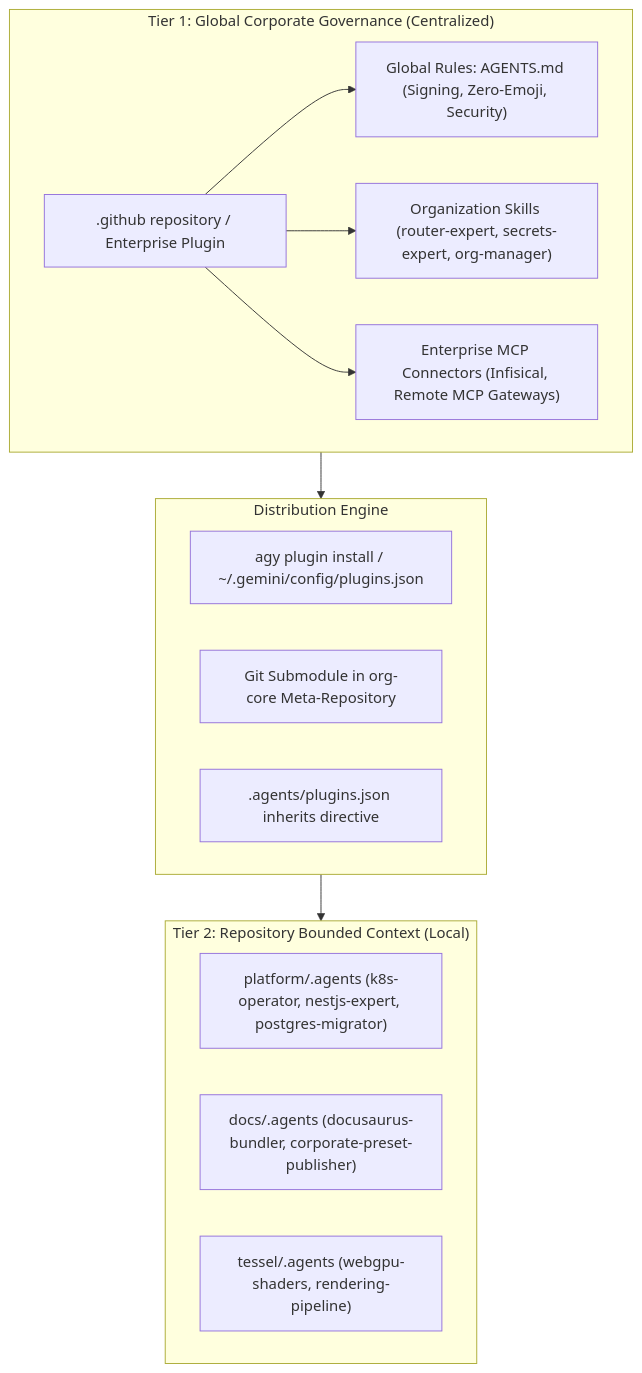
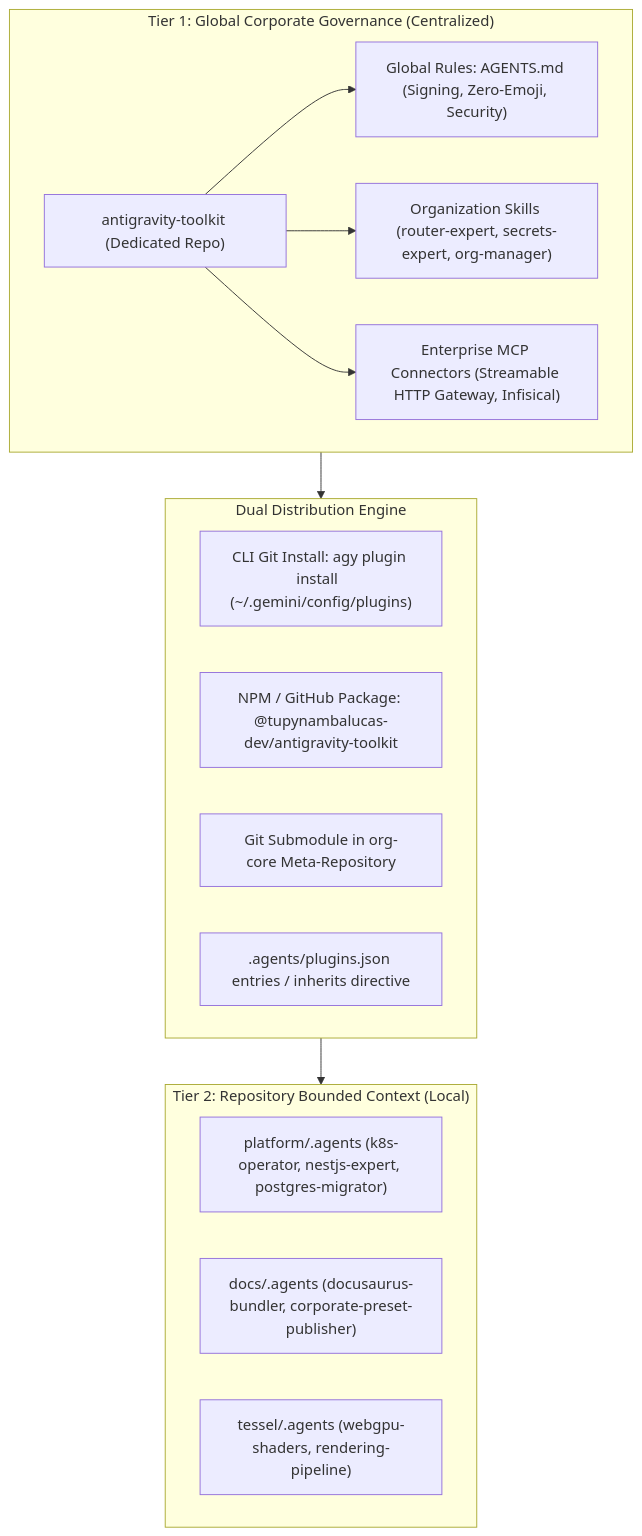
Before and after one commit to tupynambalucas-dev/.github: the first of 4 diagrams in .agents/plans/enterprise-agent-plugins-and-governance.md, drawn with Mermaid. The commit also changed other lines of this file, not shown here.

Commit message:
docs(plans): update enterprise plugin plan with dedicated repo and github packages strategy

````diff
--- a/.agents/plans/enterprise-agent-plugins-and-governance.md
+++ b/.agents/plans/enterprise-agent-plugins-and-governance.md
@@ -73,23 +71,24 @@
 ```mermaid
 flowchart TD
     subgraph Tier1["Tier 1: Global Corporate Governance (Centralized)"]
-        A[".github repository / Enterprise Plugin"] --> B["Global Rules: AGENTS.md (Signing, Zero-Emoji, Security)"]
+        A["antigravity-toolkit (Dedicated Repo)"] --> B["Global Rules: AGENTS.md (Signing, Zero-Emoji, Security)"]
         A --> C["Organization Skills (router-expert, secrets-expert, org-manager)"]
-        A --> D["Enterprise MCP Connectors (Infisical, Remote MCP Gateways)"]
+        A --> D["Enterprise MCP Connectors (Streamable HTTP Gateway, Infisical)"]
     end
 
-    subgraph Distribution["Distribution Engine"]
-        E["agy plugin install / ~/.gemini/config/plugins.json"]
-        F["Git Submodule in org-core Meta-Repository"]
-        G[".agents/plugins.json inherits directive"]
+    subgraph Distribution["Dual Distribution Engine"]
+        E["CLI Git Install: agy plugin install <repo> (~/.gemini/config/plugins)"]
+        F["NPM / GitHub Package: @tupynambalucas-dev/antigravity-toolkit"]
+        G["Git Submodule in org-core Meta-Repository"]
+        H[".agents/plugins.json entries / inherits directive"]
     end
 
     subgraph Tier2["Tier 2: Repository Bounded Context (Local)"]
-        H["platform/.agents (k8s-operator, nestjs-expert, postgres-migrator)"]
-        I["docs/.agents (docusaurus-bundler, corporate-preset-publisher)"]
-        J["tessel/.agents (webgpu-shaders, rendering-pipeline)"]
+        I["platform/.agents (k8s-operator, nestjs-expert, postgres-migrator)"]
+        J["docs/.agents (docusaurus-bundler, corporate-preset-publisher)"]
+        K["tessel/.agents (webgpu-shaders, rendering-pipeline)"]
     end
 
     Tier1 --> Distribution
     Distribution --> Tier2
 ```
````
